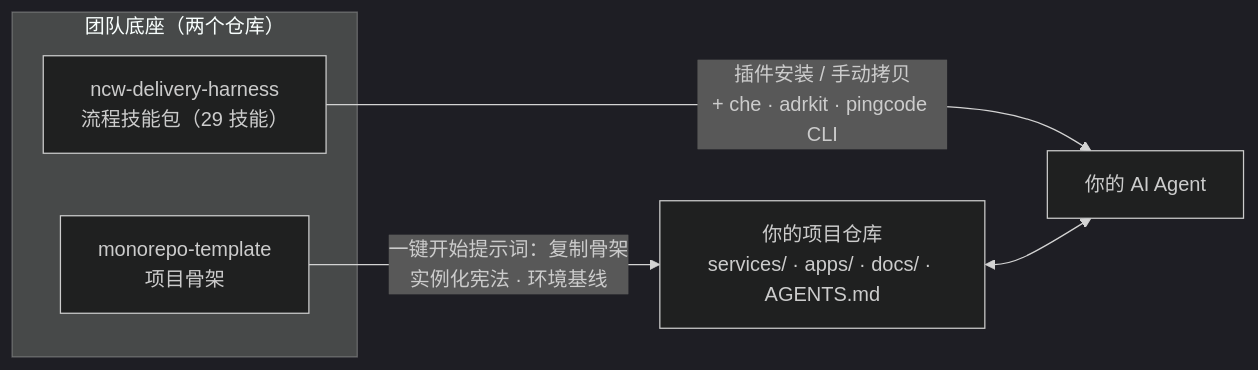
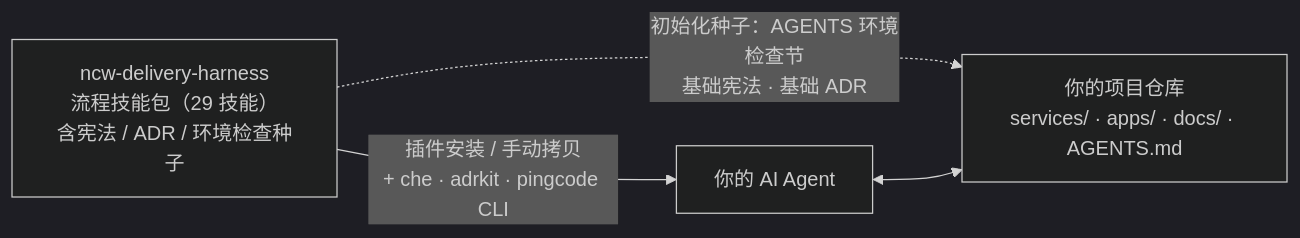
The first of 2 diagrams in docs/guides/AI Native实践指南.md (HJXArthurAtlas/Delivery-Harness), drawn with Mermaid (dark theme) before and after one commit. The commit also changed other lines of this file and 1 other file, not shown here.

First line of the commit message:
docs(guides): 指南去掉 monorepo-template 提法，保留结构约定本身

````diff
--- a/docs/guides/AI Native实践指南.md
+++ b/docs/guides/AI Native实践指南.md
@@ -35,10 +35,6 @@
 ```mermaid
 flowchart LR
-  subgraph base["团队底座（两个仓库）"]
-    T["monorepo-template<br/>项目骨架"]
-    H["ncw-delivery-harness<br/>流程技能包（29 技能）"]
-  end
-  T -->|"一键开始提示词：复制骨架<br/>实例化宪法 · 环境基线"| P["你的项目仓库<br/>services/ · apps/ · docs/ · AGENTS.md"]
-  H -->|"插件安装 / 手动拷贝<br/>+ che · adrkit · pingcode CLI"| A["你的 AI Agent"]
-  P <--> A
+  H["ncw-delivery-harness<br/>流程技能包（29 技能）<br/>含宪法 / ADR / 环境检查种子"] -->|"插件安装 / 手动拷贝<br/>+ che · adrkit · pingcode CLI"| A["你的 AI Agent"]
+  H -.->|"初始化种子：AGENTS 环境检查节<br/>基础宪法 · 基础 ADR"| P["你的项目仓库<br/>services/ · apps/ · docs/ · AGENTS.md"]
+  A <--> P
 ```
````
